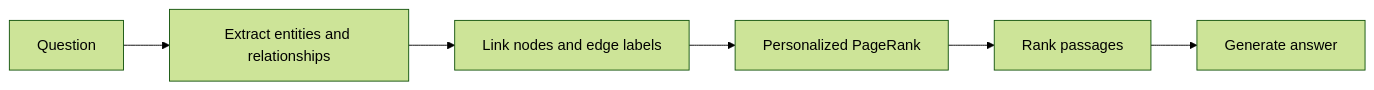
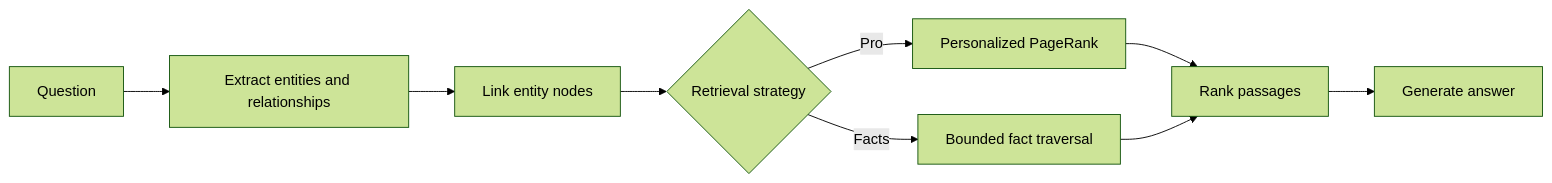
The second of 2 diagrams in packages/graph-rag/README.md (Subhash3/wiki-base), drawn with Mermaid (forest theme) before and after one commit. The commit also changed other lines of this file and 10 other files, not shown here.

Commit message:
Add bounded fact traversal retrieval

````diff
--- a/packages/graph-rag/README.md
+++ b/packages/graph-rag/README.md
@@ -67,8 +67,11 @@
 ```mermaid
 flowchart LR
     A[Question] --> B[Extract entities and relationships]
-    B --> C[Link nodes and edge labels]
-    C --> D[Personalized PageRank]
-    D --> E[Rank passages]
-    E --> F[Generate answer]
+    B --> C[Link entity nodes]
+    C --> D{Retrieval strategy}
+    D -->|Pro| E[Personalized PageRank]
+    D -->|Facts| F[Bounded fact traversal]
+    E --> G[Rank passages]
+    F --> G
+    G --> H[Generate answer]
 ```
````
